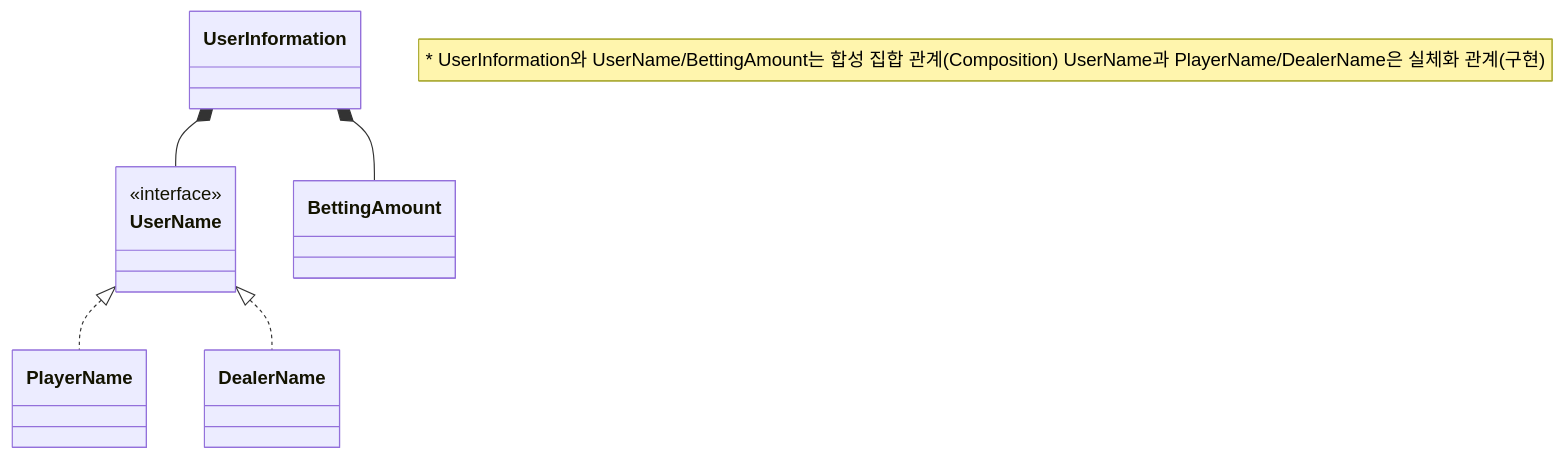
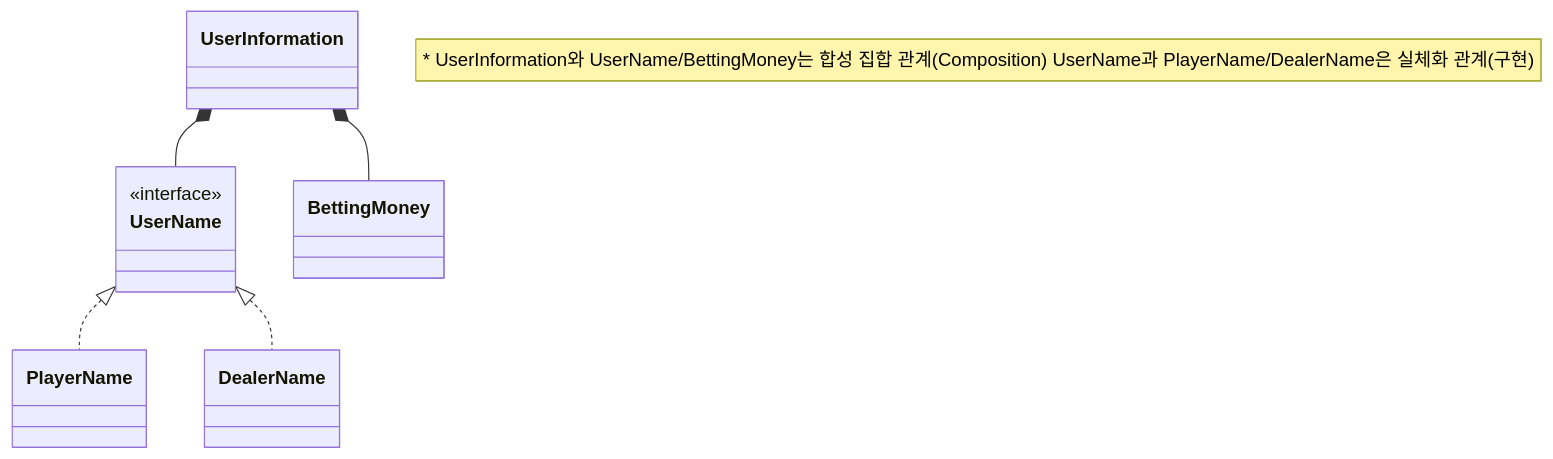
The third of 3 diagrams in README.md (woowacourse/java-blackjack), drawn with Mermaid before and after one commit. The commit also changed other lines of this file and 14 other files, not shown here.

````diff
--- a/README.md
+++ b/README.md
@@ -41,10 +41,10 @@
 ```mermaid
 classDiagram
-    note "* UserInformation와 UserName/BettingAmount는 합성 집합 관계(Composition)
+    note "* UserInformation와 UserName/BettingMoney는 합성 집합 관계(Composition)
     UserName과 PlayerName/DealerName은 실체화 관계(구현)"
     UserName <|.. PlayerName
     UserName <|.. DealerName
     UserInformation *-- UserName
-    UserInformation *-- BettingAmount
+    UserInformation *-- BettingMoney
     <<interface>> UserName
 ```
````
